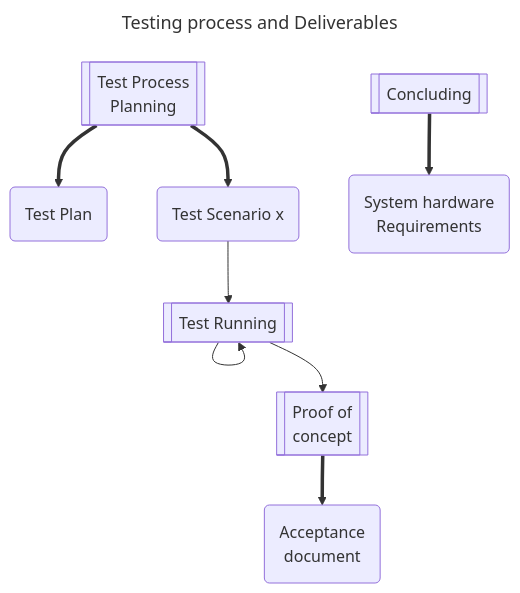
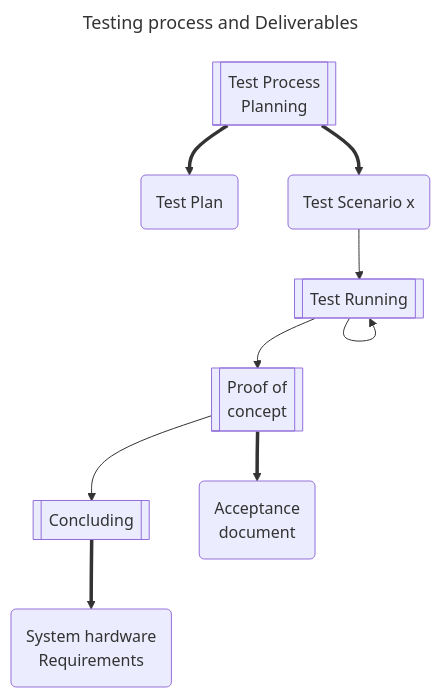
One commit to petre-renware/sdeven changed the second of 2 diagrams in doc_src/SDEVEN.25_SYTEST.md. Above: the diagram before and after it, drawn with Mermaid.

````diff
--- a/doc_src/SDEVEN.25_SYTEST.md
+++ b/doc_src/SDEVEN.25_SYTEST.md
@@ -200,28 +200,30 @@
 ```mermaid
 ---
 title: Testing process and Deliverables
 ---
 flowchart TD
     pln[["Test Process \n Planning"]]
     exec[["Test Running"]]
     poc[["Proof of \n concept"]]
     concl[["Concluding"]]
 
     tpln("Test Plan")
     tsce("Test Scenario x")
     pocdoc("Acceptance \n document")
     sysrq("System hardware \n Requirements")
 
 
     pln ==> tpln
     pln ==> tsce
 
     tsce --> exec
     exec --> exec
     exec --> poc
 
+    poc --> concl
+
     poc ==> pocdoc
     concl ==> sysrq
 
 
 ```
````
